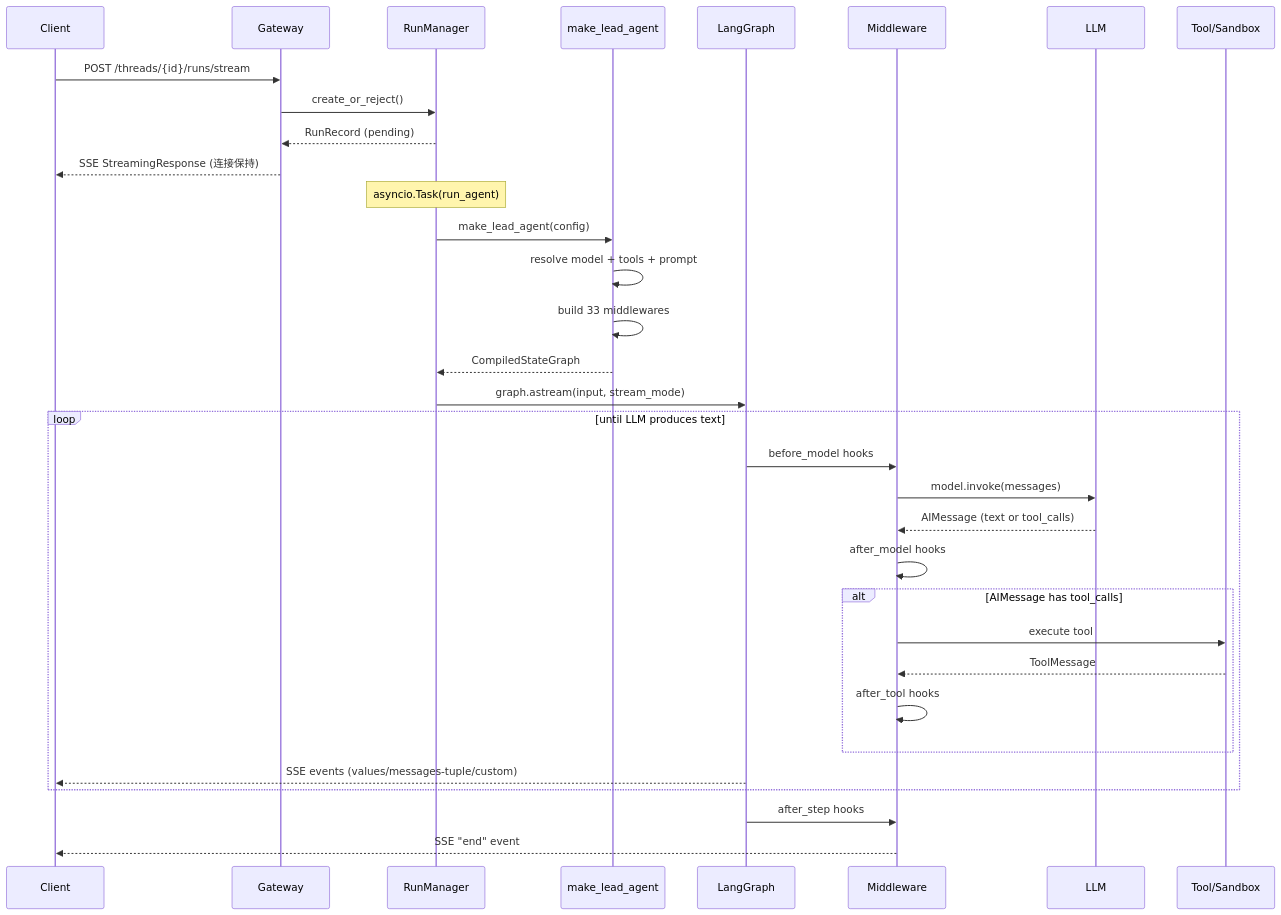
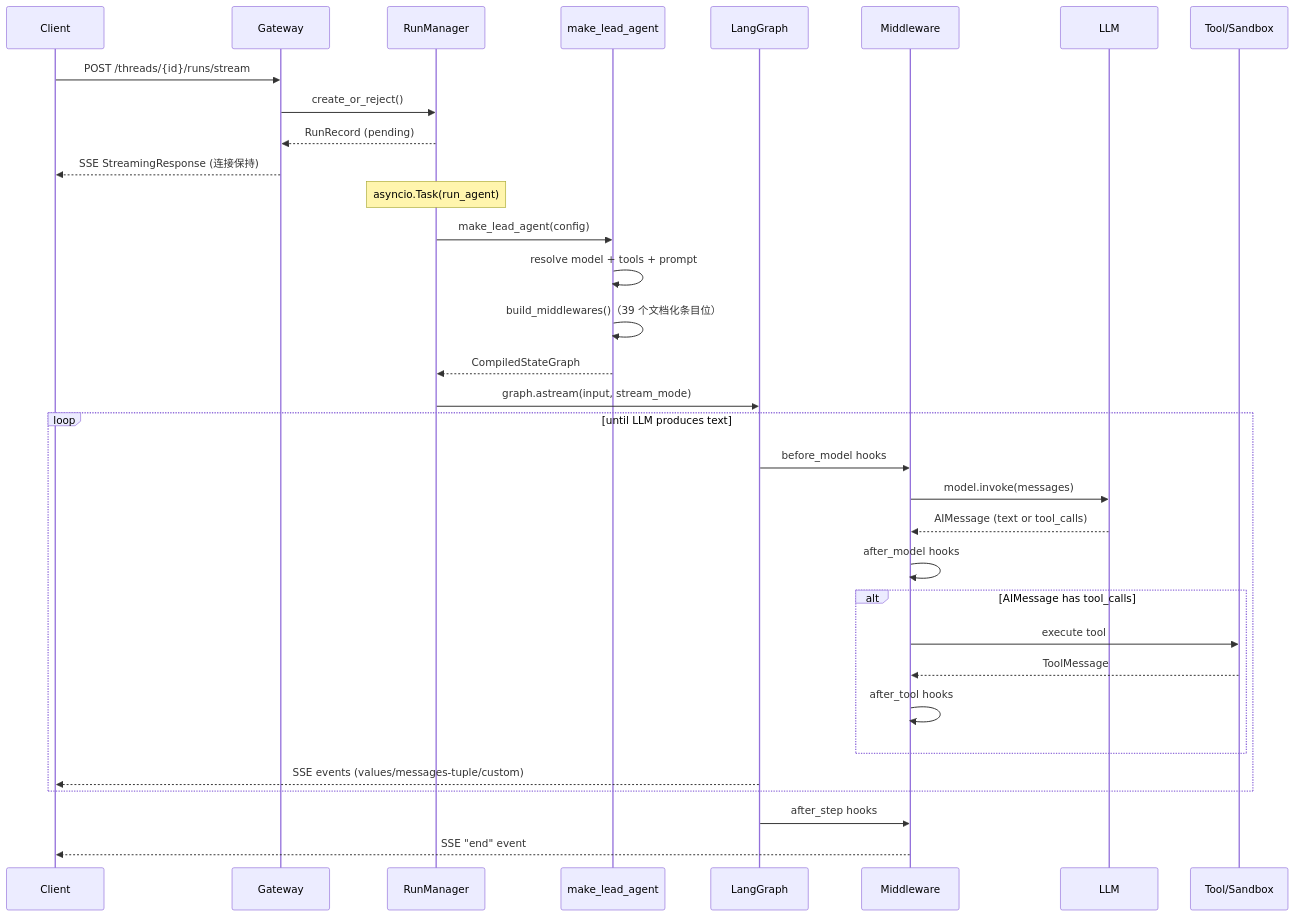
Before and after one commit to ethan-jiang-1/deer-flow: the diagram in _digested/overview/05-request-flow.md, drawn with Mermaid. The commit also changed other lines of this file and 136 other files, not shown here.

````diff
--- a/_digested/overview/05-request-flow.md
+++ b/_digested/overview/05-request-flow.md
@@ -15,41 +15,41 @@
 ```mermaid
 sequenceDiagram
     participant C as Client
     participant G as Gateway
     participant RM as RunManager
     participant MLA as make_lead_agent
     participant LG as LangGraph
     participant MW as Middleware
     participant LLM as LLM
     participant Tool as Tool/Sandbox
 
     C->>G: POST /threads/{id}/runs/stream
     G->>RM: create_or_reject()
     RM-->>G: RunRecord (pending)
     G-->>C: SSE StreamingResponse (连接保持)
 
     Note over RM: asyncio.Task(run_agent)
 
     RM->>MLA: make_lead_agent(config)
     MLA->>MLA: resolve model + tools + prompt
-    MLA->>MLA: build 33 middlewares
+    MLA->>MLA: build_middlewares()（39 个文档化条目位）
     MLA-->>RM: CompiledStateGraph
 
     RM->>LG: graph.astream(input, stream_mode)
 
     loop until LLM produces text
         LG->>MW: before_model hooks
         MW->>LLM: model.invoke(messages)
         LLM-->>MW: AIMessage (text or tool_calls)
         MW->>MW: after_model hooks
         alt AIMessage has tool_calls
             MW->>Tool: execute tool
             Tool-->>MW: ToolMessage
             MW->>MW: after_tool hooks
         end
         LG-->>C: SSE events (values/messages-tuple/custom)
     end
 
     LG->>MW: after_step hooks
     MW-->>C: SSE "end" event
 ```
````
